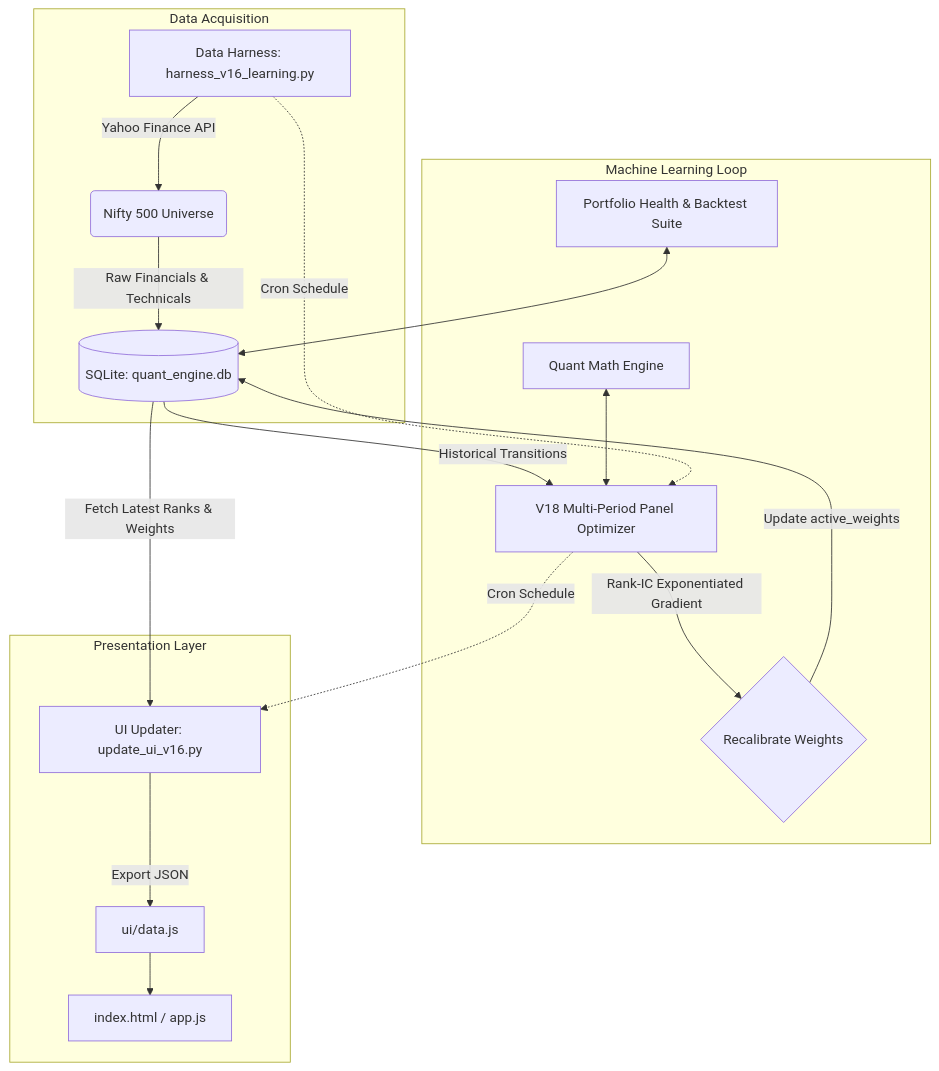
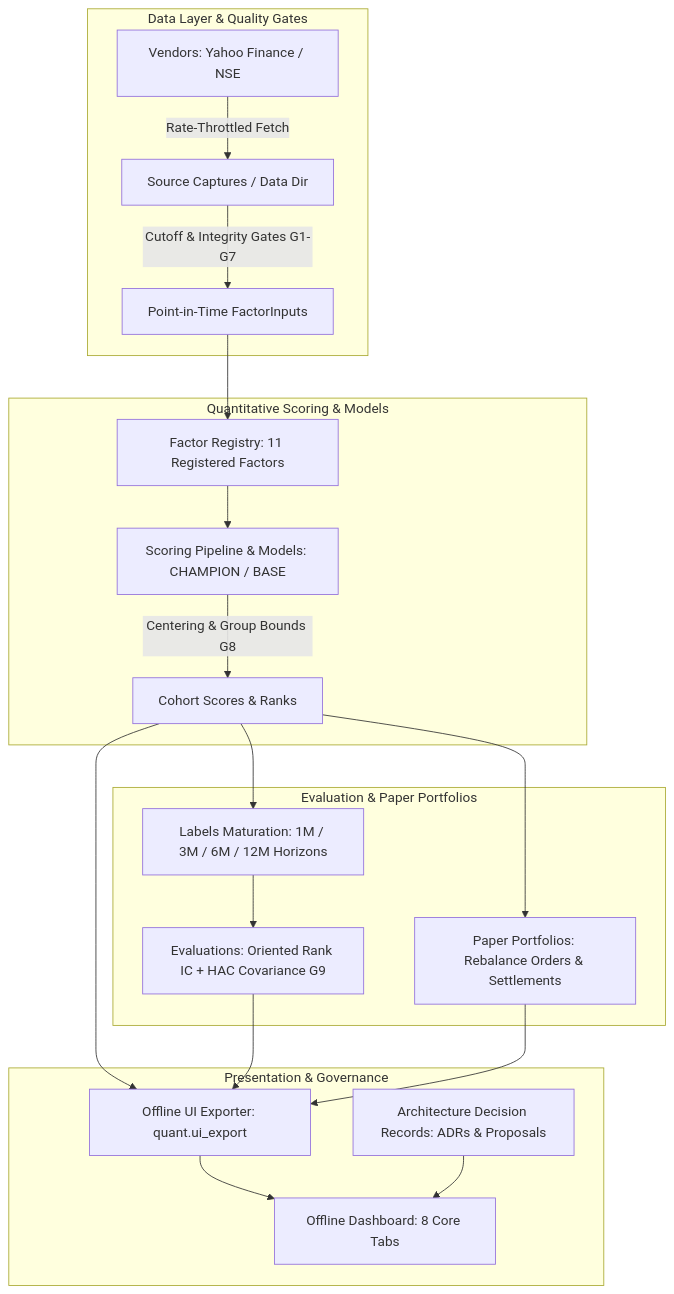
One commit to saurabnigam/multi-bagger-stocks-ml-train-loop changed the diagram in README.md. Above: the diagram before and after it, drawn with Mermaid. The commit also changed other lines of this file and 7 other files, not shown here.

````diff
--- a/README.md
+++ b/README.md
@@ -25,24 +21,25 @@
 ```mermaid
 graph TD
-    subgraph Data Acquisition
-        H[Data Harness: harness_v16_learning.py] -->|Yahoo Finance API| S(Nifty 500 Universe)
-        S --> |Raw Financials & Technicals| DB[(SQLite: quant_engine.db)]
+    subgraph Data Layer & Quality Gates
+        V[Vendors: Yahoo Finance / NSE] -->|Rate-Throttled Fetch| C[Source Captures / Data Dir]
+        C -->|Cutoff & Integrity Gates G1-G7| DI[Point-in-Time FactorInputs]
     end
 
-    subgraph Machine Learning Loop
-        DB -->|Historical Transitions| O[V18 Multi-Period Panel Optimizer]
-        O -->|Rank-IC Exponentiated Gradient| O2{Recalibrate Weights}
-        O2 -->|Update active_weights| DB
-        M[Quant Math Engine] <--> O
-        E[Portfolio Health & Backtest Suite] <--> DB
+    subgraph Quantitative Scoring & Models
+        DI --> FR[Factor Registry: 11 Registered Factors]
+        FR --> M[Scoring Pipeline & Models: CHAMPION / BASE]
+        M -->|Centering & Group Bounds G8| S[Cohort Scores & Ranks]
     end
 
-    subgraph Presentation Layer
-        DB -->|Fetch Latest Ranks & Weights| U[UI Updater: update_ui_v16.py]
-        U -->|Export JSON| JS[ui/data.js]
-        JS --> UI[index.html / app.js]
+    subgraph Evaluation & Paper Portfolios
+        S --> L[Labels Maturation: 1M / 3M / 6M / 12M Horizons]
+        L --> EV[Evaluations: Oriented Rank IC + HAC Covariance G9]
+        S --> P[Paper Portfolios: Rebalance Orders & Settlements]
     end
 
-    H -.->|Cron Schedule| O
-    O -.->|Cron Schedule| U
+    subgraph Presentation & Governance
+        S & EV & P --> EX[Offline UI Exporter: quant.ui_export]
+        EX --> UI[Offline Dashboard: 8 Core Tabs]
+        KB[Architecture Decision Records: ADRs & Proposals] --> UI
+    end
 ```
````
